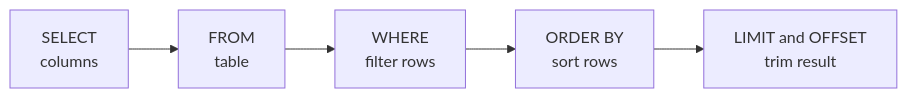
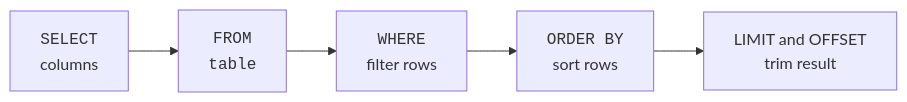
One commit to dataslope/dataslope changed the fourth of 4 diagrams in content/learn/sqlite-for-beginners/sorting-and-limiting.mdx. Above: the diagram before and after it, drawn with Mermaid. The commit also changed other lines of this file and 56 other files, not shown here.

````diff
--- a/content/learn/sqlite-for-beginners/sorting-and-limiting.mdx
+++ b/content/learn/sqlite-for-beginners/sorting-and-limiting.mdx
@@ -239,7 +239,7 @@
 ```mermaid
 flowchart LR
-    A["SELECT<br/>columns"] --> B["FROM<br/>table"]
-    B --> C["WHERE<br/>filter rows"]
-    C --> D["ORDER BY<br/>sort rows"]
+    A["<code>SELECT</code><br/>columns"] --> B["<code>FROM<br/>table</code>"]
+    B --> C["<code>WHERE</code><br/>filter rows"]
+    C --> D["<code>ORDER BY</code><br/>sort rows"]
     D --> E["LIMIT and OFFSET<br/>trim result"]
 ```
````
